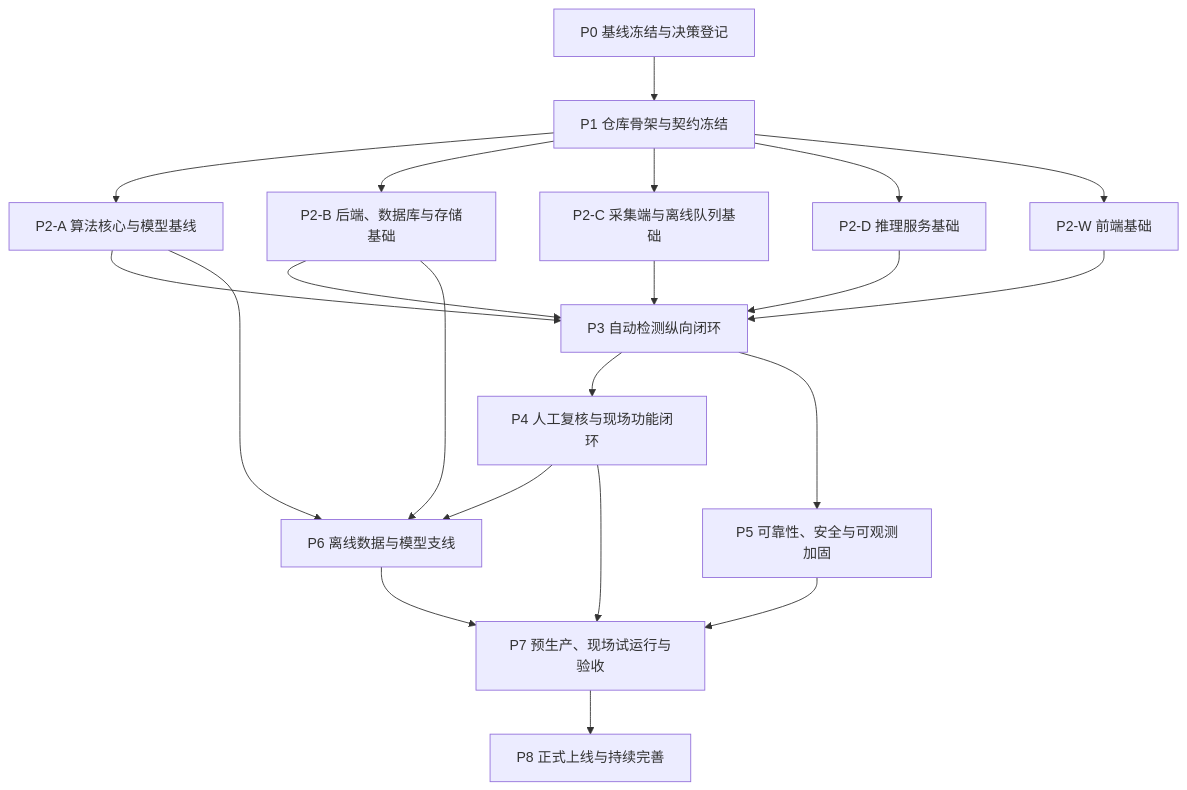
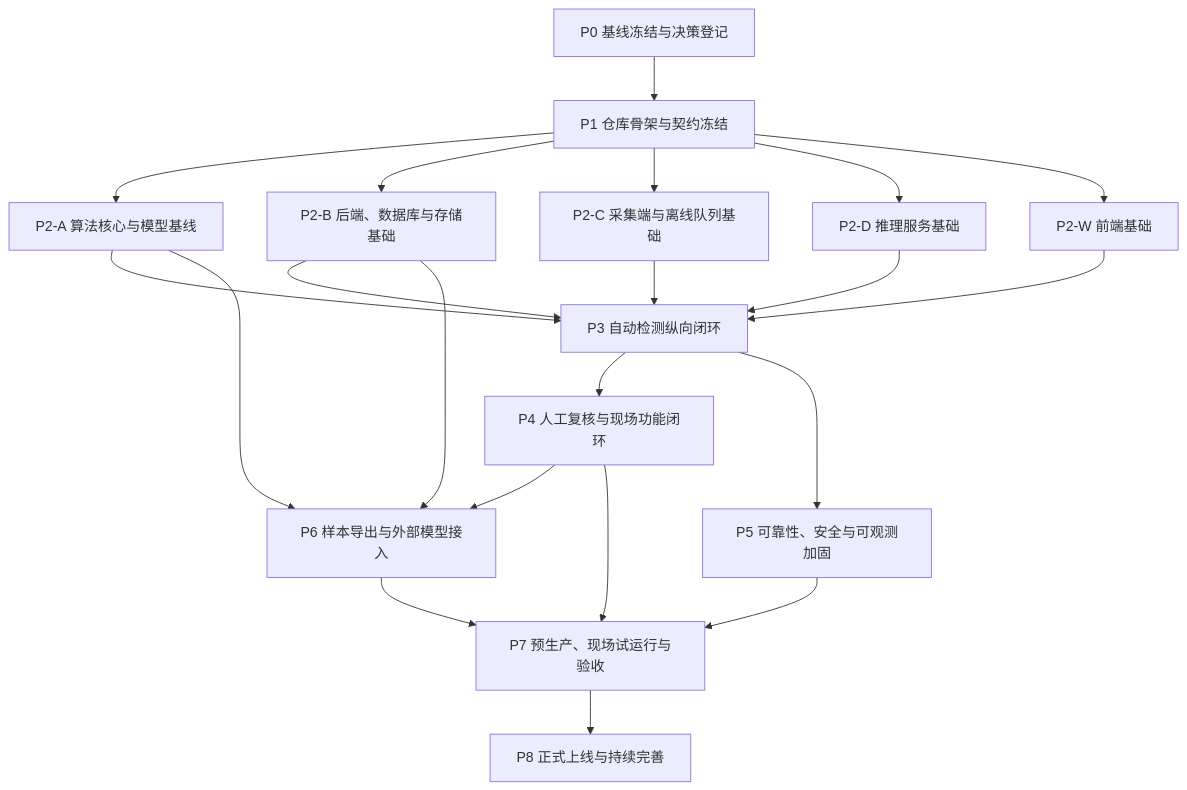
Before and after one commit to wxyii/tool-defect-project: the diagram in docs/15-系统分阶段构建与智能体任务计划.md, drawn with Mermaid. The commit also changed other lines of this file and 25 other files, not shown here.

````diff
--- a/docs/15-系统分阶段构建与智能体任务计划.md
+++ b/docs/15-系统分阶段构建与智能体任务计划.md
@@ -147,23 +157,23 @@
 ```mermaid
 flowchart TD
     P0["P0 基线冻结与决策登记"] --> P1["P1 仓库骨架与契约冻结"]
     P1 --> A["P2-A 算法核心与模型基线"]
     P1 --> B["P2-B 后端、数据库与存储基础"]
     P1 --> C["P2-C 采集端与离线队列基础"]
     P1 --> D["P2-D 推理服务基础"]
     P1 --> W["P2-W 前端基础"]
     A --> P3["P3 自动检测纵向闭环"]
     B --> P3
     C --> P3
     D --> P3
     W --> P3
     P3 --> P4["P4 人工复核与现场功能闭环"]
     P3 --> P5["P5 可靠性、安全与可观测加固"]
-    A --> M1["P6 离线数据与模型支线"]
+    A --> M1["P6 样本导出与外部模型接入"]
     B --> M1
     P4 --> M1
     P4 --> P7["P7 预生产、现场试运行与验收"]
     P5 --> P7
     M1 --> P7
     P7 --> P8["P8 正式上线与持续完善"]
 ```
````
